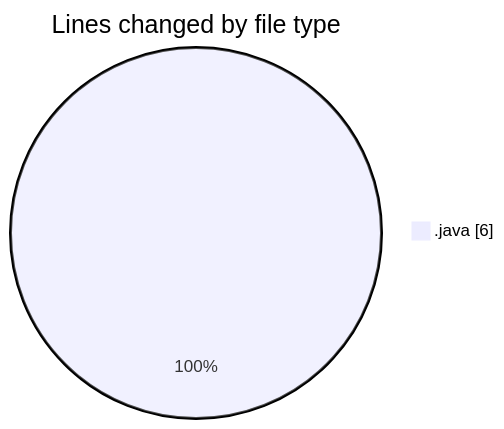
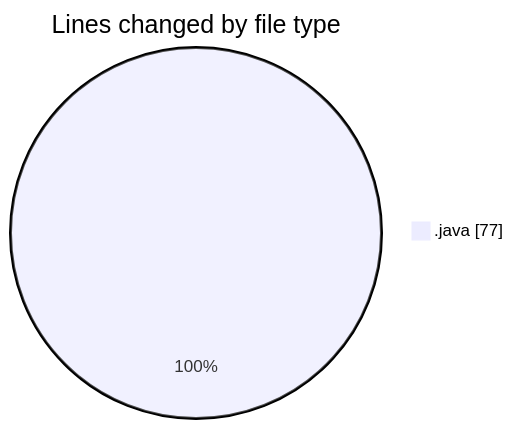
Before and after one commit to ricardozamudiocil/code-tracking: the first of 2 diagrams in 2026-03-02/cilapp/README.md, drawn with Mermaid. The commit also changed other lines of this file and 1 other file, not shown here.

````diff
--- a/2026-03-02/cilapp/README.md
+++ b/2026-03-02/cilapp/README.md
@@ -20,5 +21,5 @@
 ```mermaid
 pie showData
 title Lines changed by file type
-".java" : 6
+".java" : 77
 ```
````
